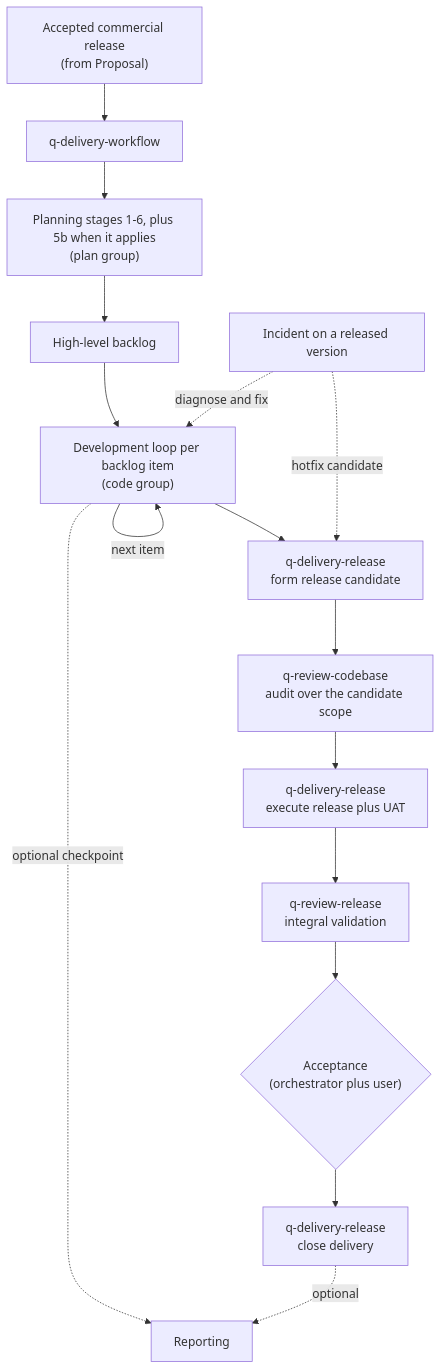
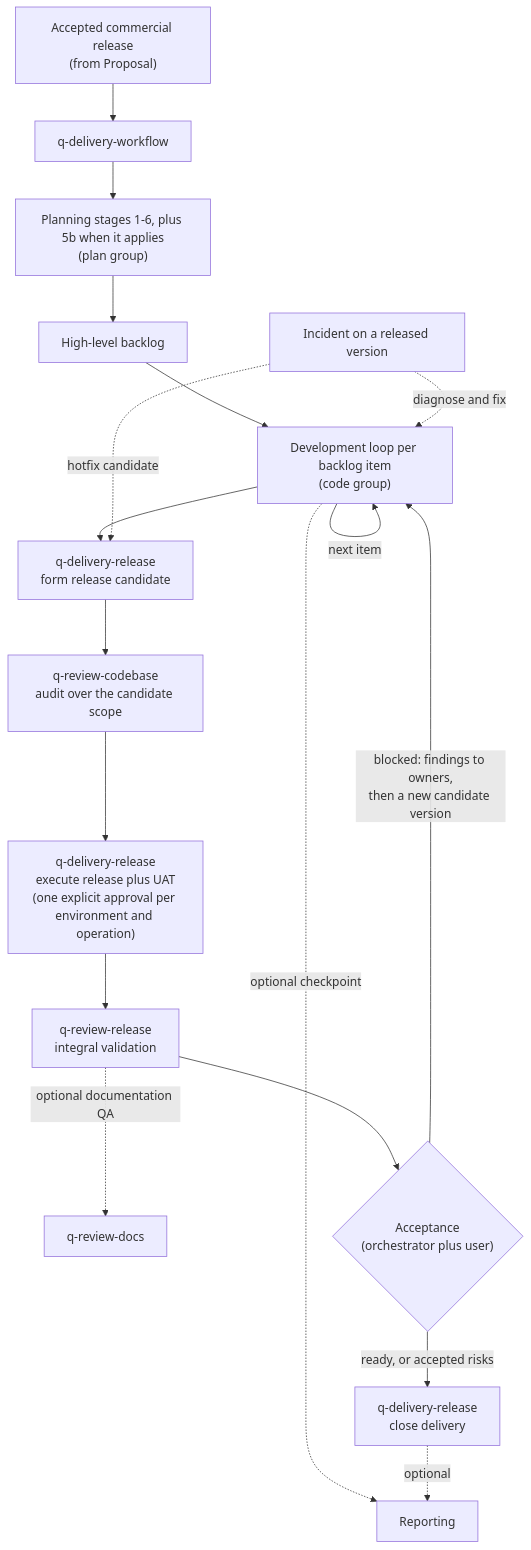
One commit to flaviogragnolati/ai-workflow changed the diagram in skills/delivery/README.md. Above: the diagram before and after it, drawn with Mermaid. The commit also changed other lines of this file and 21 other files, not shown here.

````diff
--- a/skills/delivery/README.md
+++ b/skills/delivery/README.md
@@ -9,18 +9,20 @@
 ```mermaid
 flowchart TB
     CR["Accepted commercial release<br/>(from Proposal)"] --> W["q-delivery-workflow"]
     W --> PL["Planning stages 1-6, plus 5b when it applies<br/>(plan group)"]
     PL --> B["High-level backlog"]
     B --> L["Development loop per backlog item<br/>(code group)"]
     L -->|"next item"| L
     L --> RC["q-delivery-release<br/>form release candidate"]
     RC --> AU["q-review-codebase<br/>audit over the candidate scope"]
-    AU --> EX["q-delivery-release<br/>execute release plus UAT"]
+    AU --> EX["q-delivery-release<br/>execute release plus UAT<br/>(one explicit approval per environment and operation)"]
     EX --> QA["q-review-release<br/>integral validation"]
+    QA -. "optional documentation QA" .-> RD["q-review-docs"]
     QA --> DEC{"Acceptance<br/>(orchestrator plus user)"}
-    DEC --> DEL["q-delivery-release<br/>close delivery"]
+    DEC -->|"ready, or accepted risks"| DEL["q-delivery-release<br/>close delivery"]
+    DEC -->|"blocked: findings to owners,<br/>then a new candidate version"| L
     INC["Incident on a released version"] -. "diagnose and fix" .-> L
     INC -. "hotfix candidate" .-> RC
     L -. "optional checkpoint" .-> R["Reporting"]
     DEL -. "optional" .-> R
 ```
````
